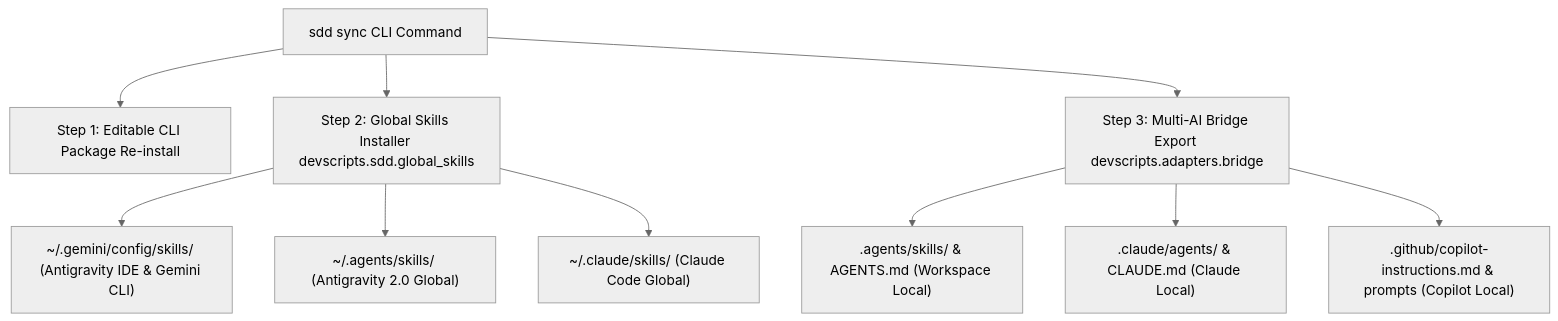
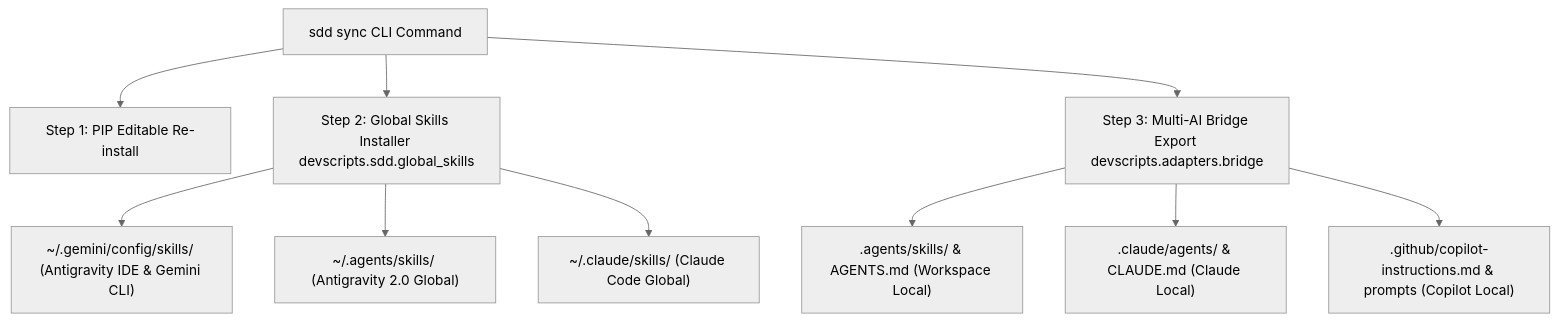
One commit to EzeCuccorese/ia-spec-ops-engine changed the third of 3 diagrams in docs/sdd-architecture.md. Above: the diagram before and after it, drawn with Mermaid (neutral theme). The commit also changed other lines of this file and 2 other files, not shown here.

Commit message:
feat(sdd): add specialized multi-agent roles and audit remediation blocks

````diff
--- a/docs/sdd-architecture.md
+++ b/docs/sdd-architecture.md
@@ -87,14 +83,14 @@
 ```mermaid
 flowchart TD
-    A[sdd sync CLI Command] --> B[Step 1: Editable CLI Package Re-install]
+    A[sdd sync CLI Command] --> B[Step 1: PIP Editable Re-install]
     A --> C[Step 2: Global Skills Installer devscripts.sdd.global_skills]
     A --> D[Step 3: Multi-AI Bridge Export devscripts.adapters.bridge]
 
     C --> E["~/.gemini/config/skills/ (Antigravity IDE & Gemini CLI)"]
     C --> F["~/.agents/skills/ (Antigravity 2.0 Global)"]
     C --> G["~/.claude/skills/ (Claude Code Global)"]
 
     D --> H[".agents/skills/ & AGENTS.md (Workspace Local)"]
     D --> I[".claude/agents/ & CLAUDE.md (Claude Local)"]
     D --> J[".github/copilot-instructions.md & prompts (Copilot Local)"]
 ```
````
